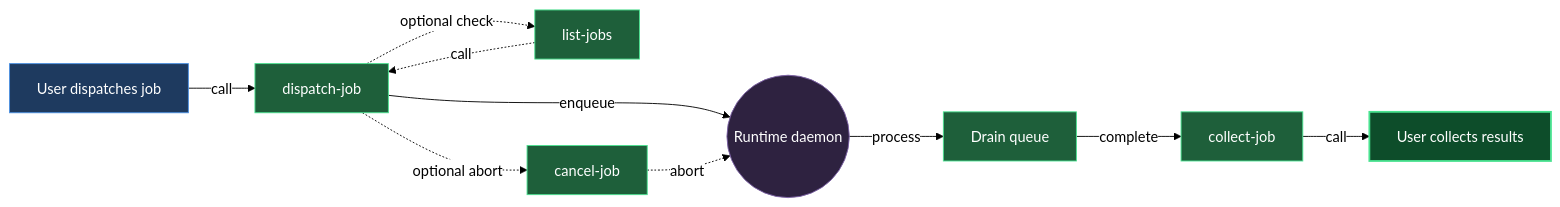
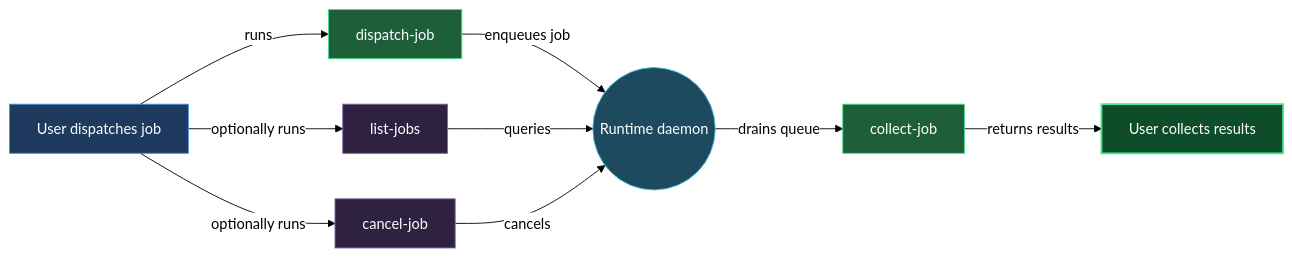
Before and after one commit to mebius-san/lazy-cortex: the diagram in claude/lazycortex-core/help/experts.md, drawn with Mermaid. The commit also changed other lines of this file and 28 other files, not shown here.

````diff
--- a/claude/lazycortex-core/help/experts.md
+++ b/claude/lazycortex-core/help/experts.md
@@ -68,36 +68,34 @@
 ```mermaid
 %%{init: {'themeVariables':{'background':'transparent','lineColor':'#000','textColor':'#000','edgeLabelBackground':'#fff'},'themeCSS':'.edgeLabel{background-color:transparent!important}.edgeLabel p{background-color:transparent!important}','flowchart':{'diagramPadding':5,'useMaxWidth':true}}}%%
 flowchart LR
   userDispatchesJob[User dispatches job]
-  dispatchJob[dispatch-job]
+  dispatchJobSkill[dispatch-job]
   runtimeDaemon((Runtime daemon))
-  drainQueue[Drain queue]
-  collectJob[collect-job]
+  collectJobSkill[collect-job]
   userCollectsResults[User collects results]
-  listJobs[list-jobs]
-  cancelJob[cancel-job]
+  listJobsSkill[list-jobs]
+  cancelJobSkill[cancel-job]
 
-  userDispatchesJob -->|call| dispatchJob
-  dispatchJob -->|enqueue| runtimeDaemon
-  runtimeDaemon -->|process| drainQueue
-  drainQueue -->|complete| collectJob
-  collectJob -->|call| userCollectsResults
-  dispatchJob -.->|optional check| listJobs
-  listJobs -.->|call| dispatchJob
-  dispatchJob -.->|optional abort| cancelJob
-  cancelJob -.->|abort| runtimeDaemon
+  userDispatchesJob -->|runs| dispatchJobSkill
+  dispatchJobSkill -->|enqueues job| runtimeDaemon
+  runtimeDaemon -->|drains queue| collectJobSkill
+  collectJobSkill -->|returns results| userCollectsResults
+  userDispatchesJob -->|optionally runs| listJobsSkill
+  listJobsSkill -->|queries| runtimeDaemon
+  userDispatchesJob -->|optionally runs| cancelJobSkill
+  cancelJobSkill -->|cancels| runtimeDaemon
 
   classDef entry fill:#1e3a5f,stroke:#4a90e2,color:#fff
+  classDef sub fill:#2e2240,stroke:#7e63a8,color:#fff
   classDef action fill:#1e5f3a,stroke:#4ae290,color:#fff
-  classDef sub fill:#2e2240,stroke:#7e63a8,color:#fff
   classDef success fill:#0d4d2a,stroke:#4ae290,color:#fff,stroke-width:2px
+  classDef service fill:#1e4a5f,stroke:#4abce2,color:#fff
 
   class userDispatchesJob entry
-  class dispatchJob action
-  class collectJob action
-  class listJobs action
-  class cancelJob action
-  class runtimeDaemon sub
-  class drainQueue action
+  class dispatchJobSkill action
+  class collectJobSkill action
+  class runtimeDaemon service
   class userCollectsResults success
+  class listJobsSkill sub
+  class cancelJobSkill sub
 ```
````
